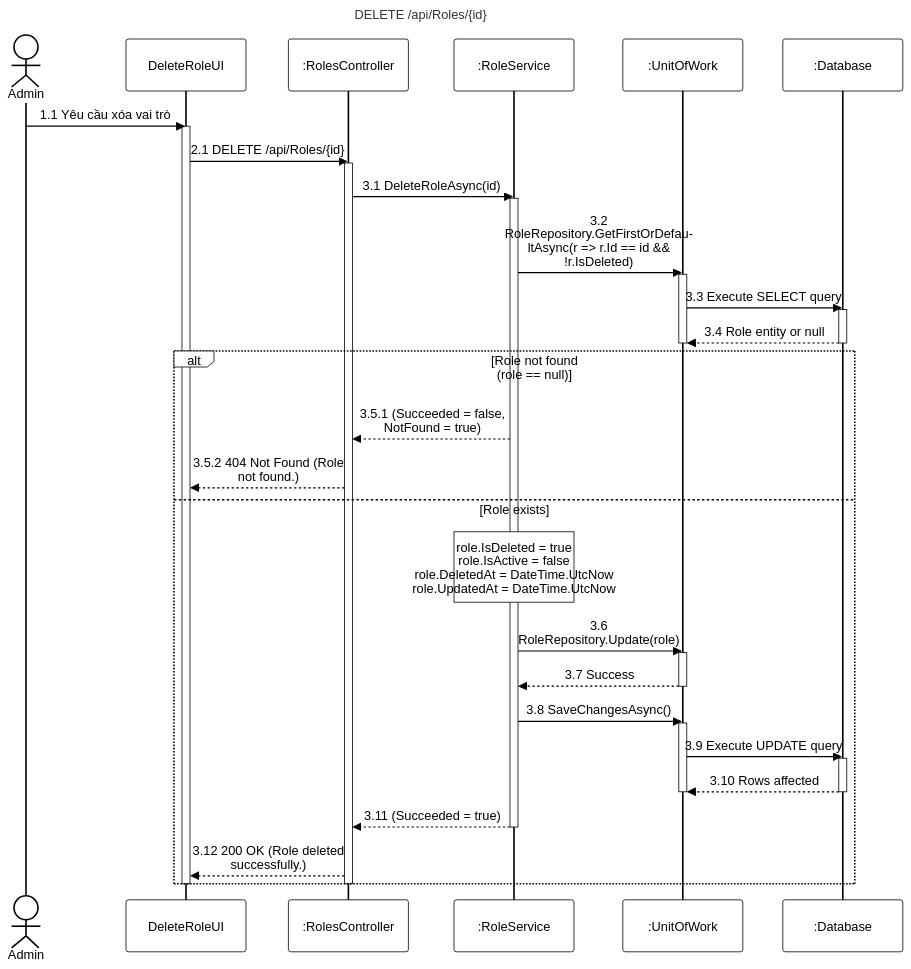
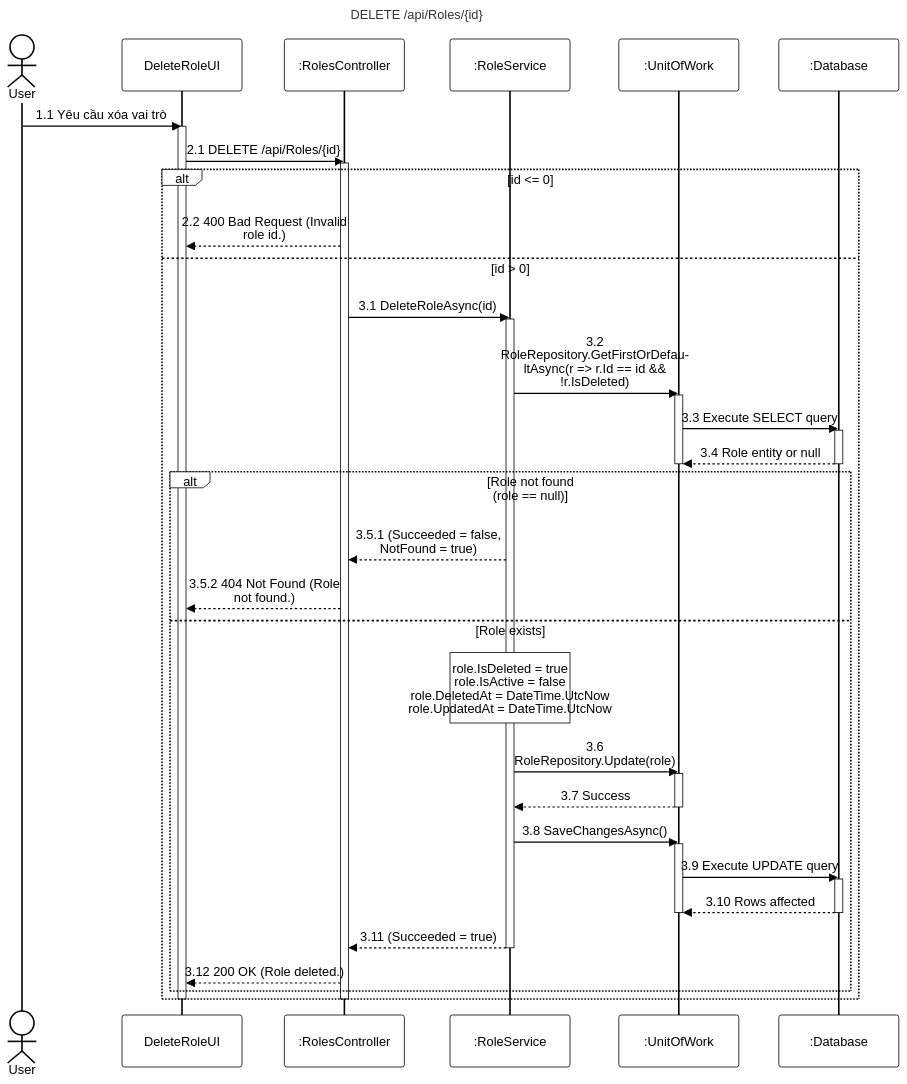
The diagram in 02-user-role-management/sequence-diagram/apis/delete-role.mmd (PhucAnDev/docx-diagram), drawn with Mermaid before and after one commit. The commit also changed 3 other files, not shown here.

Commit message:
fix: update delete-role and delete-user diagrams to match code validation and response messages

```diff
--- a/02-user-role-management/sequence-diagram/apis/delete-role.mmd
+++ b/02-user-role-management/sequence-diagram/apis/delete-role.mmd
@@ -1,51 +1,55 @@
 %%{init: {'theme':'base', 'themeVariables': {'actorBkg':'#ffffff','actorBorder':'#000000','actorTextColor':'#000000','actorLineColor':'#000000','signalColor':'#000000','signalTextColor':'#000000','labelBoxBkgColor':'#ffffff','labelBoxBorderColor':'#000000','labelTextColor':'#000000','loopTextColor':'#000000','noteBkgColor':'#ffffff','noteBorderColor':'#000000','noteTextColor':'#000000','activationBorderColor':'#000000','activationBkgColor':'#ffffff','sequenceNumberColor':'#000000'}, 'sequence': {'width':150,'height':65,'actorFontSize':16,'messageFontSize':16,'wrap':true,'wrapPadding':10}}}%%
 sequenceDiagram
     title DELETE /api/Roles/{id}
-    actor Admin as Admin
+    actor User as User
     participant UI as DeleteRoleUI
     participant Endpoint as :RolesController
     participant Service as :RoleService
     participant DB as :UnitOfWork
     participant Database as :Database
 
-    Admin->>UI: 1.1 Yêu cầu xóa vai trò
+    User->>UI: 1.1 Yêu cầu xóa vai trò
     activate UI
     UI->>Endpoint: 2.1 DELETE /api/Roles/{id}
     activate Endpoint
 
-    Endpoint->>Service: 3.1 DeleteRoleAsync(id)
-    activate Service
+    alt id <= 0
+        Endpoint-->>UI: 2.2 400 Bad Request (Invalid role id.)
+    else id > 0
+        Endpoint->>Service: 3.1 DeleteRoleAsync(id)
+        activate Service
 
-    Service->>DB: 3.2 RoleRepository.GetFirstOrDefaultAsync(r => r.Id == id && !r.IsDeleted)
-    activate DB
-    DB->>Database: 3.3 Execute SELECT query
-    activate Database
-    Database-->>DB: 3.4 Role entity or null
-    deactivate Database
-    deactivate DB
-
-    alt Role not found (role == null)
-        Service-->>Endpoint: 3.5.1 (Succeeded = false, NotFound = true)
-        Endpoint-->>UI: 3.5.2 404 Not Found (Role not found.)
-    else Role exists
-        note over Service: role.IsDeleted = true<br/>role.IsActive = false<br/>role.DeletedAt = DateTime.UtcNow<br/>role.UpdatedAt = DateTime.UtcNow
-
-        Service->>DB: 3.6 RoleRepository.Update(role)
+        Service->>DB: 3.2 RoleRepository.GetFirstOrDefaultAsync(r => r.Id == id && !r.IsDeleted)
         activate DB
-        DB-->>Service: 3.7 Success
-        deactivate DB
-
-        Service->>DB: 3.8 SaveChangesAsync()
-        activate DB
-        DB->>Database: 3.9 Execute UPDATE query
+        DB->>Database: 3.3 Execute SELECT query
         activate Database
-        Database-->>DB: 3.10 Rows affected
+        Database-->>DB: 3.4 Role entity or null
         deactivate Database
         deactivate DB
 
-        Service-->>Endpoint: 3.11 (Succeeded = true)
-        deactivate Service
-        Endpoint-->>UI: 3.12 200 OK (Role deleted successfully.)
+        alt Role not found (role == null)
+            Service-->>Endpoint: 3.5.1 (Succeeded = false, NotFound = true)
+            Endpoint-->>UI: 3.5.2 404 Not Found (Role not found.)
+        else Role exists
+            note over Service: role.IsDeleted = true<br/>role.IsActive = false<br/>role.DeletedAt = DateTime.UtcNow<br/>role.UpdatedAt = DateTime.UtcNow
+
+            Service->>DB: 3.6 RoleRepository.Update(role)
+            activate DB
+            DB-->>Service: 3.7 Success
+            deactivate DB
+
+            Service->>DB: 3.8 SaveChangesAsync()
+            activate DB
+            DB->>Database: 3.9 Execute UPDATE query
+            activate Database
+            Database-->>DB: 3.10 Rows affected
+            deactivate Database
+            deactivate DB
+
+            Service-->>Endpoint: 3.11 (Succeeded = true)
+            deactivate Service
+            Endpoint-->>UI: 3.12 200 OK (Role deleted.)
+        end
     end
     deactivate Endpoint
     deactivate UI
```
